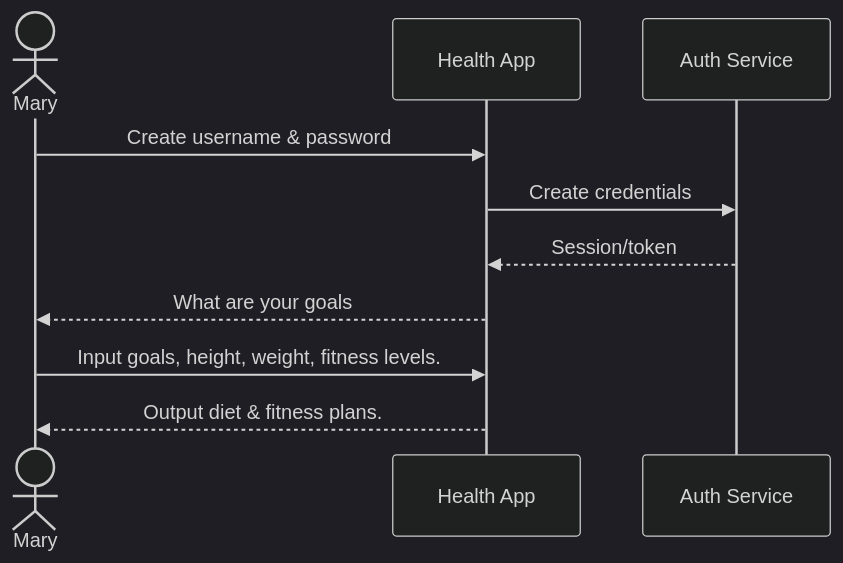
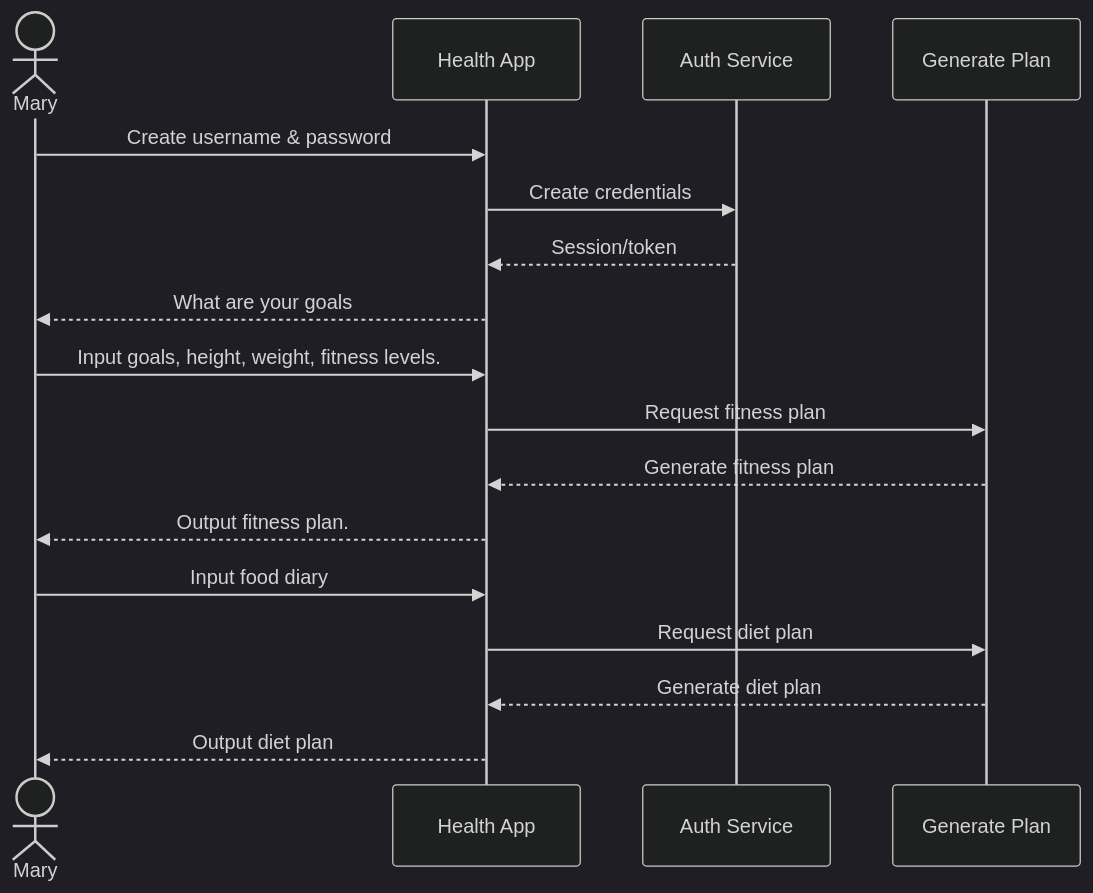
The diagram in docs/sequence-diagrams.md (Bosco-13/cmp5012b-team), drawn with Mermaid (dark theme) before and after one commit.

Commit message:
Add Generate Plan participant to sequence diagram

````diff
--- a/docs/sequence-diagrams.md
+++ b/docs/sequence-diagrams.md
@@ -2,12 +2,20 @@
 ``` mermaid
 sequenceDiagram
     actor Mary
     Participant Health App
     Participant Auth Service
+    Participant Generate Plan
     Mary->>Health App:  Create username & password
     Health App->>Auth Service: Create credentials
     Auth Service-->>Health App: Session/token
     Health App-->>Mary: What are your goals
     Mary->>Health App: Input goals, height, weight, fitness levels.
-    Health App-->>Mary: Output diet & fitness plans.
+    Health App->>Generate Plan: Request fitness plan
+    Generate Plan-->>Health App: Generate fitness plan
+    Health App-->>Mary: Output fitness plan.
+    Mary->>Health App: Input food diary
+    Health App->>Generate Plan: Request diet plan
+    Generate Plan-->>Health App: Generate diet plan
+    Health App-->>Mary: Output diet plan
+    
 ```
````
